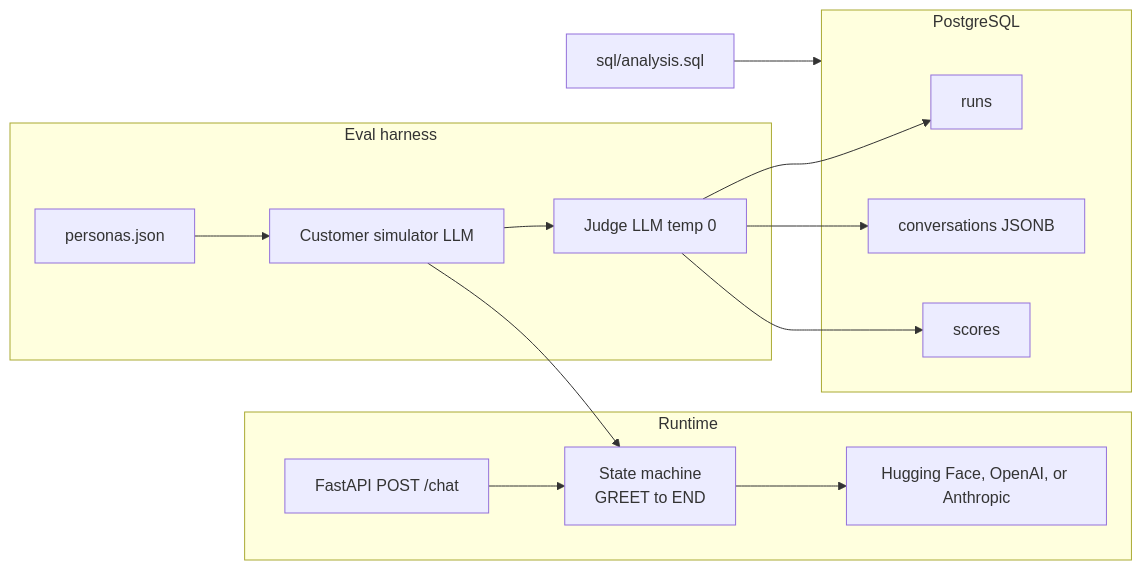
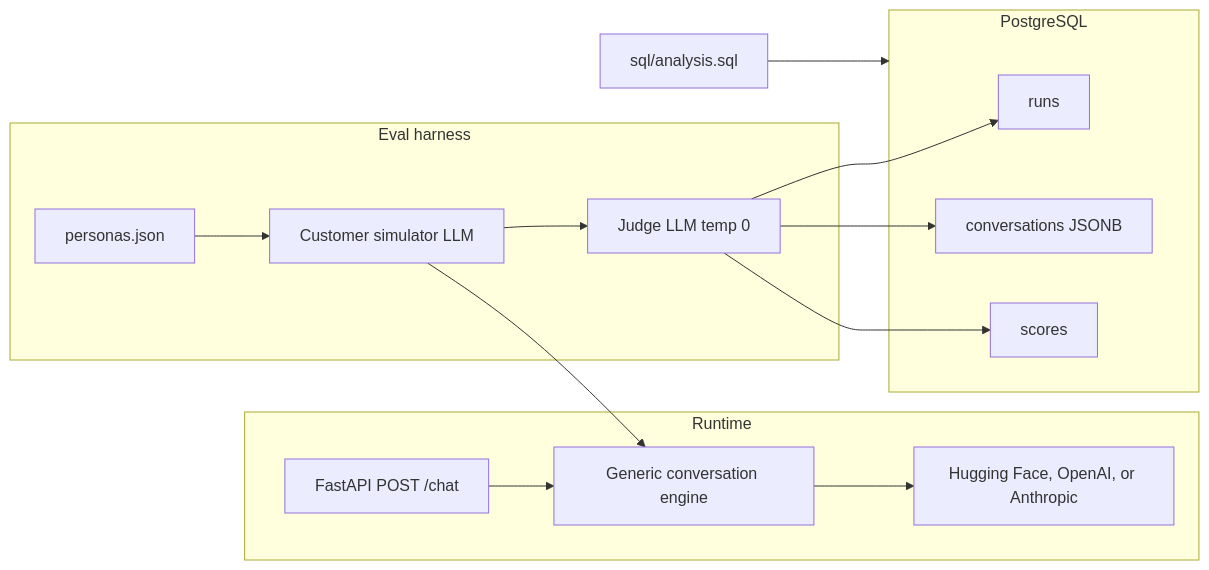
The diagram in README.md (mdashfaqq/ConvoForge-Voice-Agent), drawn with Mermaid before and after one commit. The commit also changed other lines of this file and 14 other files, not shown here.

````diff
--- a/README.md
+++ b/README.md
@@ -18,25 +20,25 @@
 ```mermaid
 flowchart LR
     subgraph runtime [Runtime]
       API["FastAPI POST /chat"]
-      SM["State machine\nGREET to END"]
+      SM["Generic conversation engine"]
       LLM["Hugging Face, OpenAI, or Anthropic"]
       API --> SM --> LLM
     end
     subgraph harness [Eval harness]
       P["personas.json"]
       SIM["Customer simulator LLM"]
       J["Judge LLM temp 0"]
       P --> SIM --> SM
       SIM --> J
     end
     subgraph store [PostgreSQL]
       R["runs"]
       C["conversations JSONB"]
       S["scores"]
     end
     J --> R
     J --> C
     J --> S
     SQL["sql/analysis.sql"] --> store
 ```
````
